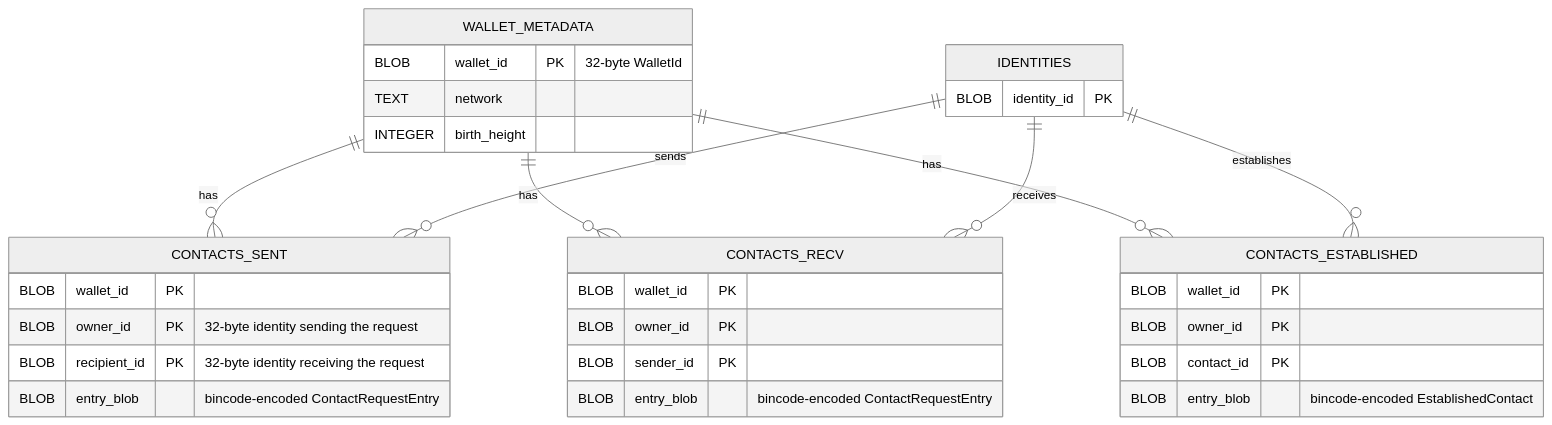
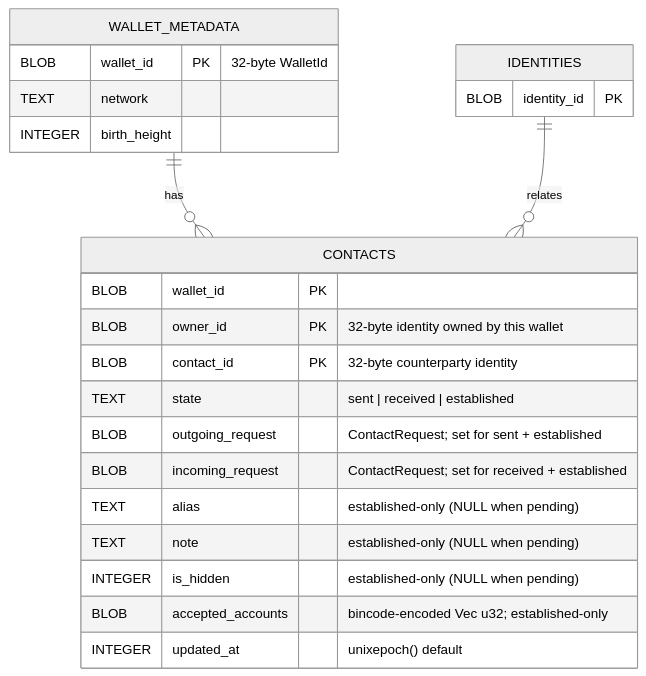
One commit to dashpay/platform changed the third of 5 diagrams in packages/rs-platform-wallet-storage/SCHEMA.md. Above: the diagram before and after it, drawn with Mermaid (neutral theme). The commit also changed other lines of this file and 8 other files, not shown here.

````diff
--- a/packages/rs-platform-wallet-storage/SCHEMA.md
+++ b/packages/rs-platform-wallet-storage/SCHEMA.md
@@ -149,40 +149,29 @@
 ```mermaid
 erDiagram
-    WALLET_METADATA ||--o{ CONTACTS_SENT : "has"
-    WALLET_METADATA ||--o{ CONTACTS_RECV : "has"
-    WALLET_METADATA ||--o{ CONTACTS_ESTABLISHED : "has"
-    IDENTITIES ||--o{ CONTACTS_SENT : "sends"
-    IDENTITIES ||--o{ CONTACTS_RECV : "receives"
-    IDENTITIES ||--o{ CONTACTS_ESTABLISHED : "establishes"
+    WALLET_METADATA ||--o{ CONTACTS : "has"
+    IDENTITIES ||--o{ CONTACTS : "relates"
 
     WALLET_METADATA {
         BLOB wallet_id PK "32-byte WalletId"
         TEXT network
         INTEGER birth_height
     }
 
     IDENTITIES {
         BLOB identity_id PK
     }
 
-    CONTACTS_SENT {
+    CONTACTS {
         BLOB wallet_id PK
-        BLOB owner_id PK "32-byte identity sending the request"
-        BLOB recipient_id PK "32-byte identity receiving the request"
-        BLOB entry_blob "bincode-encoded ContactRequestEntry"
-    }
-
-    CONTACTS_RECV {
-        BLOB wallet_id PK
-        BLOB owner_id PK
-        BLOB sender_id PK
-        BLOB entry_blob "bincode-encoded ContactRequestEntry"
-    }
-
-    CONTACTS_ESTABLISHED {
-        BLOB wallet_id PK
-        BLOB owner_id PK
-        BLOB contact_id PK
-        BLOB entry_blob "bincode-encoded EstablishedContact"
+        BLOB owner_id PK "32-byte identity owned by this wallet"
+        BLOB contact_id PK "32-byte counterparty identity"
+        TEXT state "sent | received | established"
+        BLOB outgoing_request "ContactRequest; set for sent + established"
+        BLOB incoming_request "ContactRequest; set for received + established"
+        TEXT alias "established-only (NULL when pending)"
+        TEXT note "established-only (NULL when pending)"
+        INTEGER is_hidden "established-only (NULL when pending)"
+        BLOB accepted_accounts "bincode-encoded Vec u32; established-only"
+        INTEGER updated_at "unixepoch() default"
     }
 ```
````
